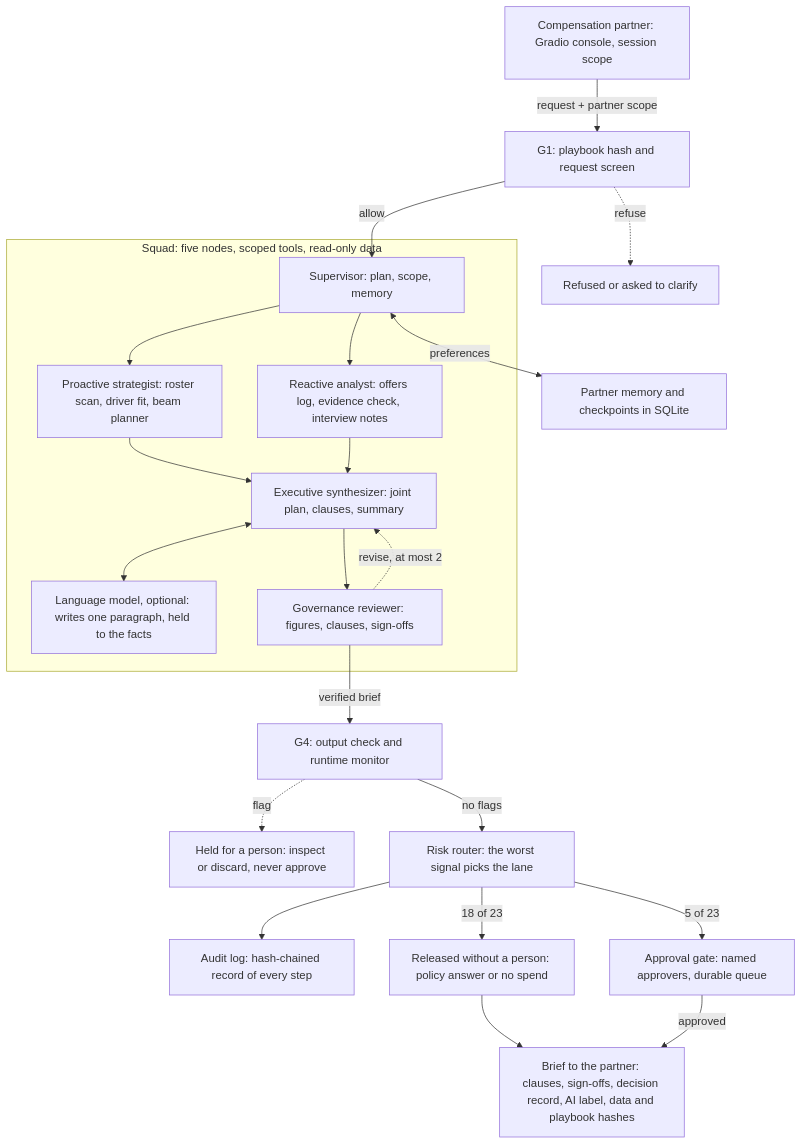
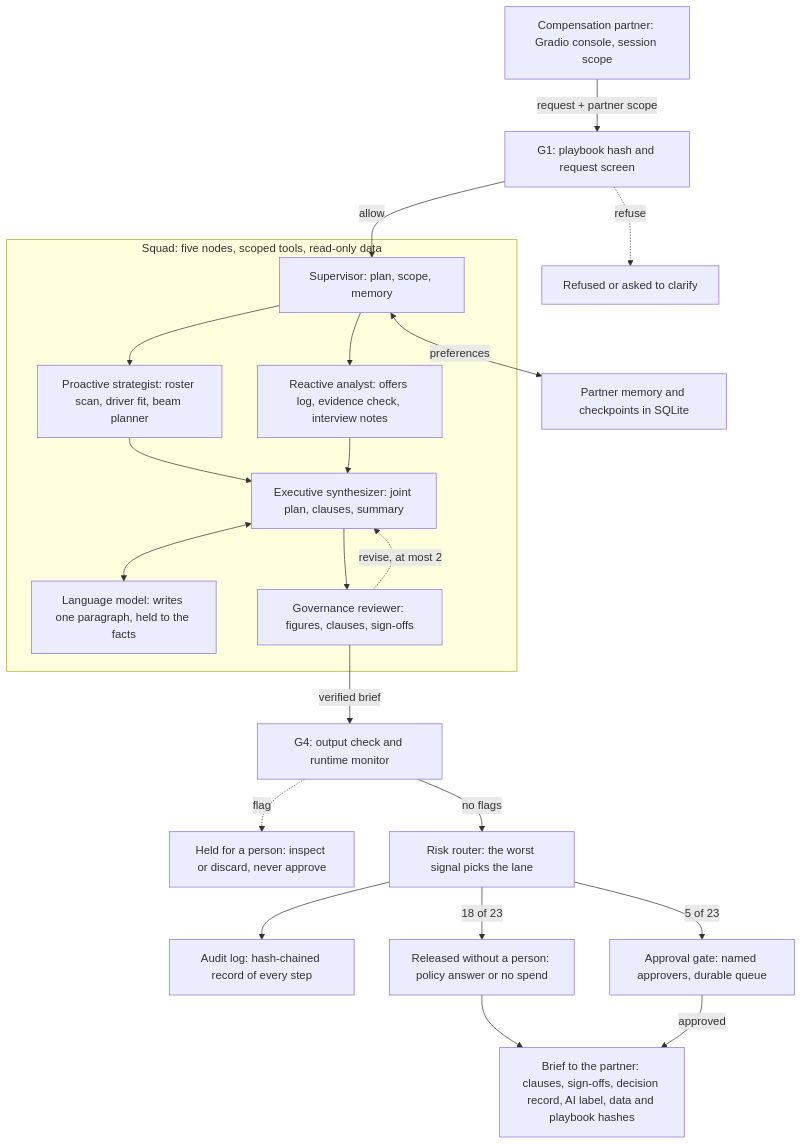
The diagram in checkpoints/checkpoint_7_1.md (pedrogriff/comp-insight-advisor), drawn with Mermaid before and after one commit. The commit also changed other lines of this file and 6 other files, not shown here.

````diff
--- a/checkpoints/checkpoint_7_1.md
+++ b/checkpoints/checkpoint_7_1.md
@@ -9,24 +9,24 @@
 ```mermaid
 flowchart TD
     Partner["Compensation partner: Gradio console, session scope"] -->|"request + partner scope"| G1["G1: playbook hash and request screen"]
     G1 -.->|"refuse"| Ref["Refused or asked to clarify"]
     G1 -->|"allow"| Sup["Supervisor: plan, scope, memory"]
     subgraph Squad["Squad: five nodes, scoped tools, read-only data"]
         Sup --> Pro["Proactive strategist: roster scan, driver fit, beam planner"]
         Sup --> Rea["Reactive analyst: offers log, evidence check, interview notes"]
         Pro --> Syn["Executive synthesizer: joint plan, clauses, summary"]
         Rea --> Syn
-        Syn <--> Model["Language model, optional: writes one paragraph, held to the facts"]
+        Syn <--> Model["Language model: writes one paragraph, held to the facts"]
         Syn --> Rev["Governance reviewer: figures, clauses, sign-offs"]
         Rev -.->|"revise, at most 2"| Syn
     end
     Rev -->|"verified brief"| Out["G4: output check and runtime monitor"]
     Out -.->|"flag"| Hold["Held for a person: inspect or discard, never approve"]
     Out -->|"no flags"| Router["Risk router: the worst signal picks the lane"]
     Router --> Audit["Audit log: hash-chained record of every step"]
     Router -->|"18 of 23"| Auto["Released without a person: policy answer or no spend"]
     Router -->|"5 of 23"| Gate["Approval gate: named approvers, durable queue"]
     Auto --> Brief["Brief to the partner: clauses, sign-offs, decision record, AI label, data and playbook hashes"]
     Gate -->|"approved"| Brief
     Sup <-->|"preferences"| Memory["Partner memory and checkpoints in SQLite"]
 ```
````
